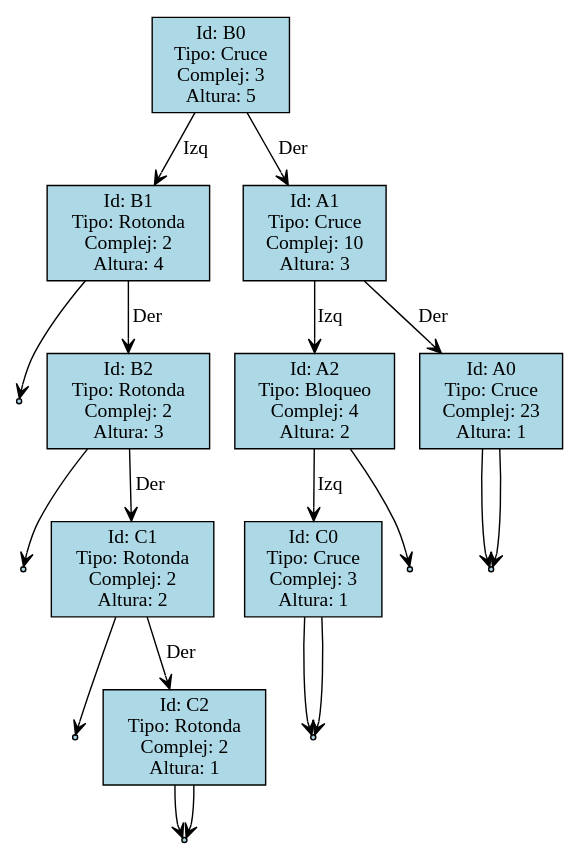
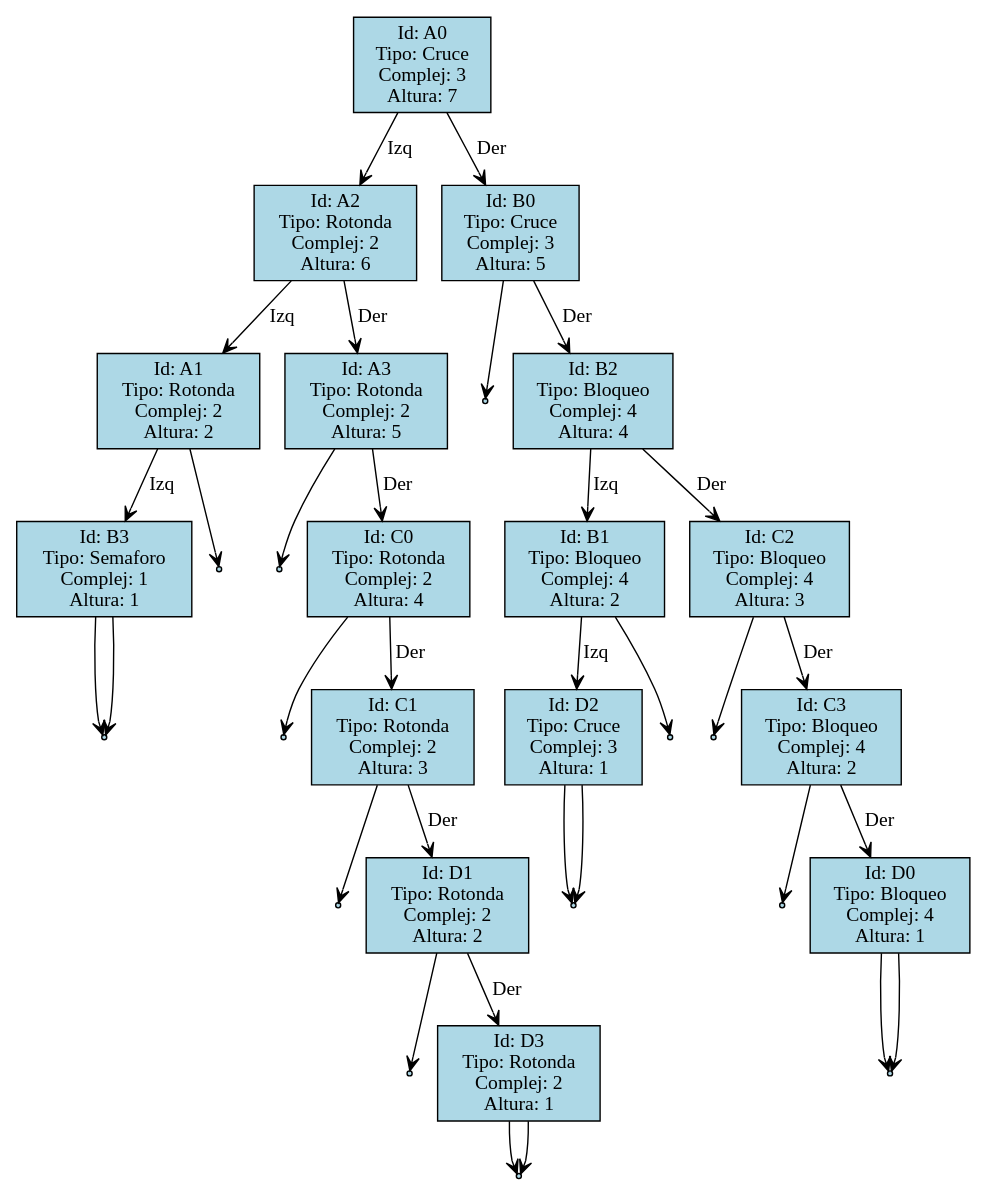
One commit to Cruz-Zapil/Proyecto2_EDD changed the diagram in hola.dot. Above: the diagram before and after it, drawn with Graphviz. The commit also changed 12 other files, not shown here.

```diff
--- a/hola.dot
+++ b/hola.dot
@@ -1,42 +1,70 @@
 digraph ArbolAVL {
   node [shape=record, style=filled, fillcolor=lightblue];
   edge [arrowhead=vee];
 
+  A0 [label="Id: A0\nTipo: Cruce\nComplej: 3\nAltura: 7"];
+  A0 -> A2 [label="Izq"];
+  A2 [label="Id: A2\nTipo: Rotonda\nComplej: 2\nAltura: 6"];
+  A2 -> A1 [label="Izq"];
+  A1 [label="Id: A1\nTipo: Rotonda\nComplej: 2\nAltura: 2"];
+  A1 -> B3 [label="Izq"];
+  B3 [label="Id: B3\nTipo: Semaforo\nComplej: 1\nAltura: 1"];
+  nullB3 [shape=point];
+  B3 -> nullB3;
+  nullB3 [shape=point];
+  B3 -> nullB3;
+  nullA1 [shape=point];
+  A1 -> nullA1;
+  A2 -> A3 [label="Der"];
+  A3 [label="Id: A3\nTipo: Rotonda\nComplej: 2\nAltura: 5"];
+  nullA3 [shape=point];
+  A3 -> nullA3;
+  A3 -> C0 [label="Der"];
+  C0 [label="Id: C0\nTipo: Rotonda\nComplej: 2\nAltura: 4"];
+  nullC0 [shape=point];
+  C0 -> nullC0;
+  C0 -> C1 [label="Der"];
+  C1 [label="Id: C1\nTipo: Rotonda\nComplej: 2\nAltura: 3"];
+  nullC1 [shape=point];
+  C1 -> nullC1;
+  C1 -> D1 [label="Der"];
+  D1 [label="Id: D1\nTipo: Rotonda\nComplej: 2\nAltura: 2"];
+  nullD1 [shape=point];
+  D1 -> nullD1;
+  D1 -> D3 [label="Der"];
+  D3 [label="Id: D3\nTipo: Rotonda\nComplej: 2\nAltura: 1"];
+  nullD3 [shape=point];
+  D3 -> nullD3;
+  nullD3 [shape=point];
+  D3 -> nullD3;
+  A0 -> B0 [label="Der"];
   B0 [label="Id: B0\nTipo: Cruce\nComplej: 3\nAltura: 5"];
-  B0 -> B1 [label="Izq"];
-  B1 [label="Id: B1\nTipo: Rotonda\nComplej: 2\nAltura: 4"];
+  nullB0 [shape=point];
+  B0 -> nullB0;
+  B0 -> B2 [label="Der"];
+  B2 [label="Id: B2\nTipo: Bloqueo\nComplej: 4\nAltura: 4"];
+  B2 -> B1 [label="Izq"];
+  B1 [label="Id: B1\nTipo: Bloqueo\nComplej: 4\nAltura: 2"];
+  B1 -> D2 [label="Izq"];
+  D2 [label="Id: D2\nTipo: Cruce\nComplej: 3\nAltura: 1"];
+  nullD2 [shape=point];
+  D2 -> nullD2;
+  nullD2 [shape=point];
+  D2 -> nullD2;
   nullB1 [shape=point];
   B1 -> nullB1;
-  B1 -> B2 [label="Der"];
-  B2 [label="Id: B2\nTipo: Rotonda\nComplej: 2\nAltura: 3"];
-  nullB2 [shape=point];
-  B2 -> nullB2;
-  B2 -> C1 [label="Der"];
-  C1 [label="Id: C1\nTipo: Rotonda\nComplej: 2\nAltura: 2"];
-  nullC1 [shape=point];
-  C1 -> nullC1;
-  C1 -> C2 [label="Der"];
-  C2 [label="Id: C2\nTipo: Rotonda\nComplej: 2\nAltura: 1"];
+  B2 -> C2 [label="Der"];
+  C2 [label="Id: C2\nTipo: Bloqueo\nComplej: 4\nAltura: 3"];
   nullC2 [shape=point];
   C2 -> nullC2;
-  nullC2 [shape=point];
-  C2 -> nullC2;
-  B0 -> A1 [label="Der"];
-  A1 [label="Id: A1\nTipo: Cruce\nComplej: 10\nAltura: 3"];
-  A1 -> A2 [label="Izq"];
-  A2 [label="Id: A2\nTipo: Bloqueo\nComplej: 4\nAltura: 2"];
-  A2 -> C0 [label="Izq"];
-  C0 [label="Id: C0\nTipo: Cruce\nComplej: 3\nAltura: 1"];
-  nullC0 [shape=point];
-  C0 -> nullC0;
-  nullC0 [shape=point];
-  C0 -> nullC0;
-  nullA2 [shape=point];
-  A2 -> nullA2;
-  A1 -> A0 [label="Der"];
-  A0 [label="Id: A0\nTipo: Cruce\nComplej: 23\nAltura: 1"];
-  nullA0 [shape=point];
-  A0 -> nullA0;
-  nullA0 [shape=point];
-  A0 -> nullA0;
+  C2 -> C3 [label="Der"];
+  C3 [label="Id: C3\nTipo: Bloqueo\nComplej: 4\nAltura: 2"];
+  nullC3 [shape=point];
+  C3 -> nullC3;
+  C3 -> D0 [label="Der"];
+  D0 [label="Id: D0\nTipo: Bloqueo\nComplej: 4\nAltura: 1"];
+  nullD0 [shape=point];
+  D0 -> nullD0;
+  nullD0 [shape=point];
+  D0 -> nullD0;
 }
```
